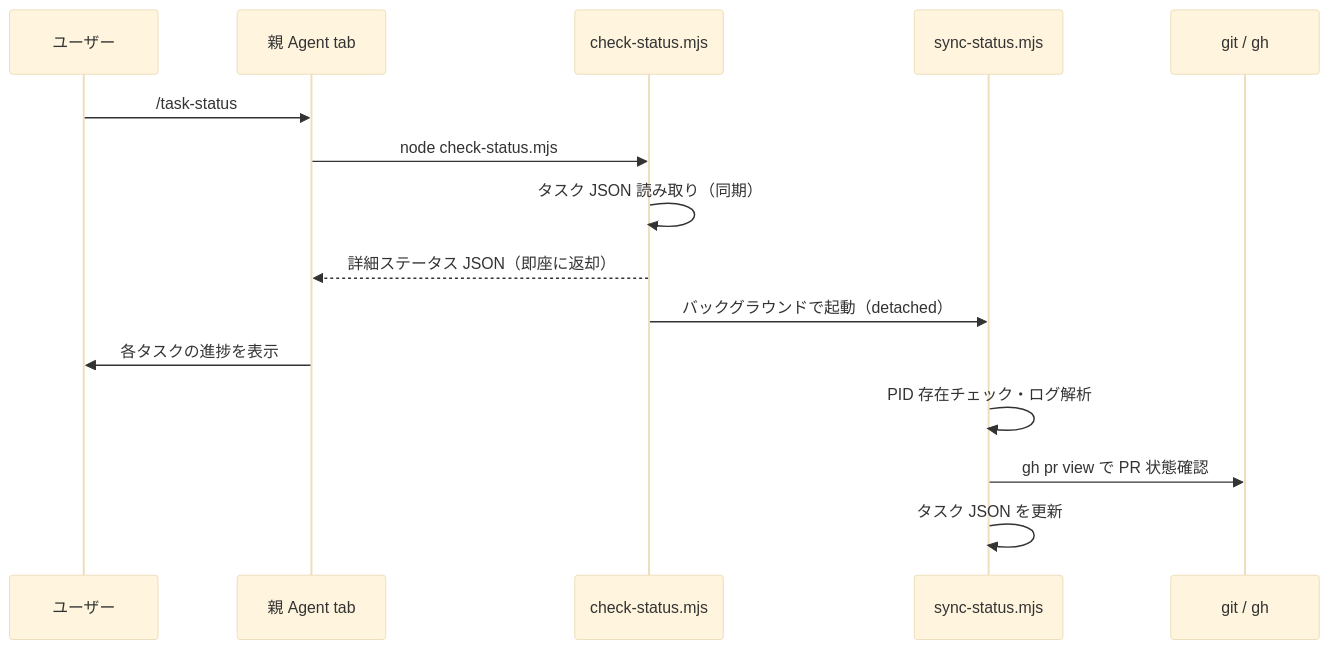
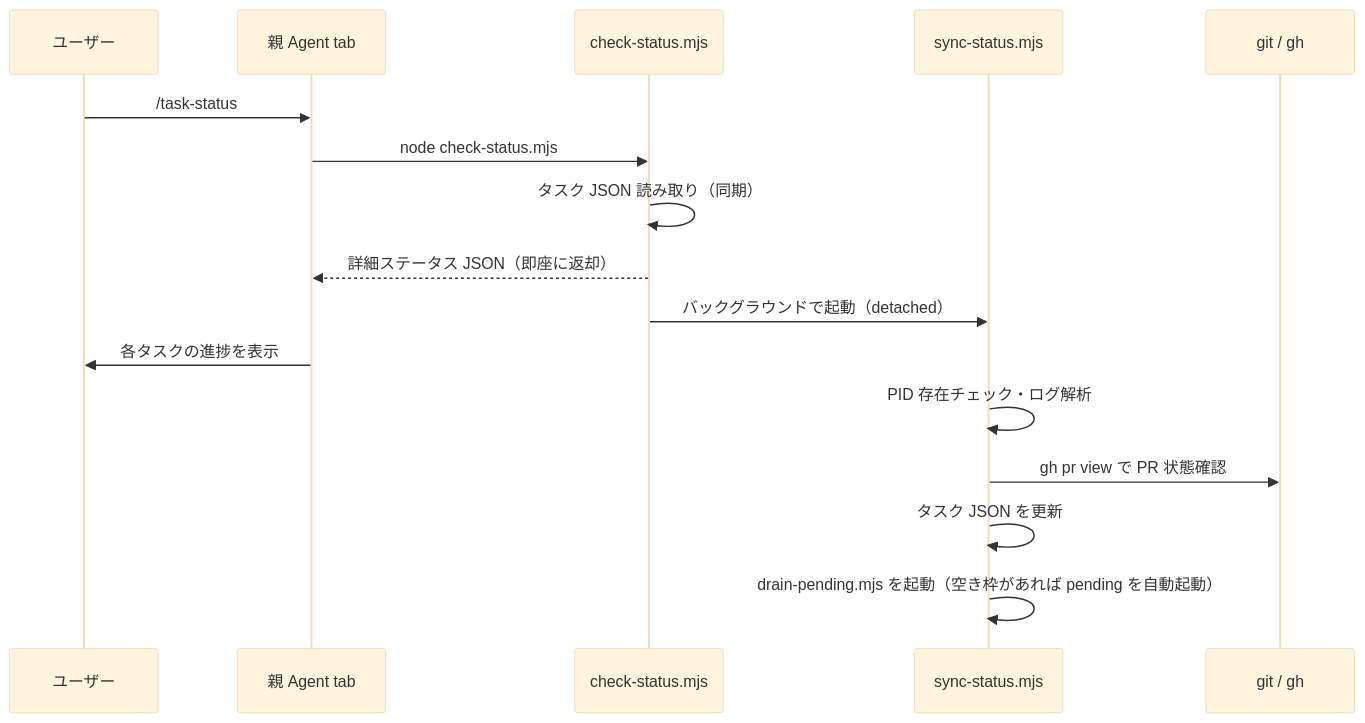
The fifth of 12 diagrams in DESIGN.md (retocrooman/cursor-power), drawn with Mermaid (base theme) before and after one commit. The commit also changed other lines of this file and 5 other files, not shown here.

First line of the commit message:
feat(drain-pending): auto-start pending tasks when concurrency slots free up

````diff
--- a/DESIGN.md
+++ b/DESIGN.md
@@ -304,18 +308,19 @@
 ```mermaid
 sequenceDiagram
   participant U as ユーザー
   participant P as 親 Agent tab
   participant S as check-status.mjs
   participant BG as sync-status.mjs
   participant G as git / gh
 
   U->>P: /task-status
   P->>S: node check-status.mjs
   S->>S: タスク JSON 読み取り（同期）
   S-->>P: 詳細ステータス JSON（即座に返却）
   S->>BG: バックグラウンドで起動（detached）
   P->>U: 各タスクの進捗を表示
   BG->>BG: PID 存在チェック・ログ解析
   BG->>G: gh pr view で PR 状態確認
   BG->>BG: タスク JSON を更新
+  BG->>BG: drain-pending.mjs を起動（空き枠があれば pending を自動起動）
 ```
````
